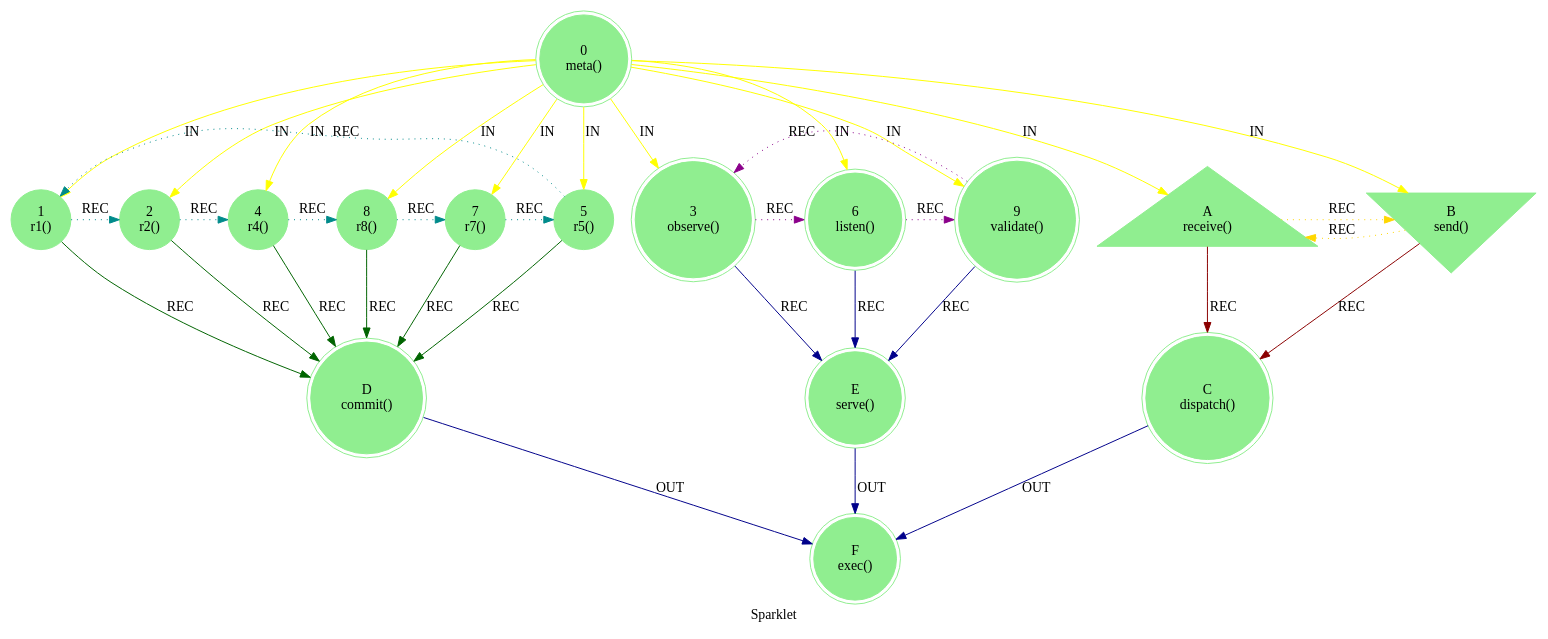
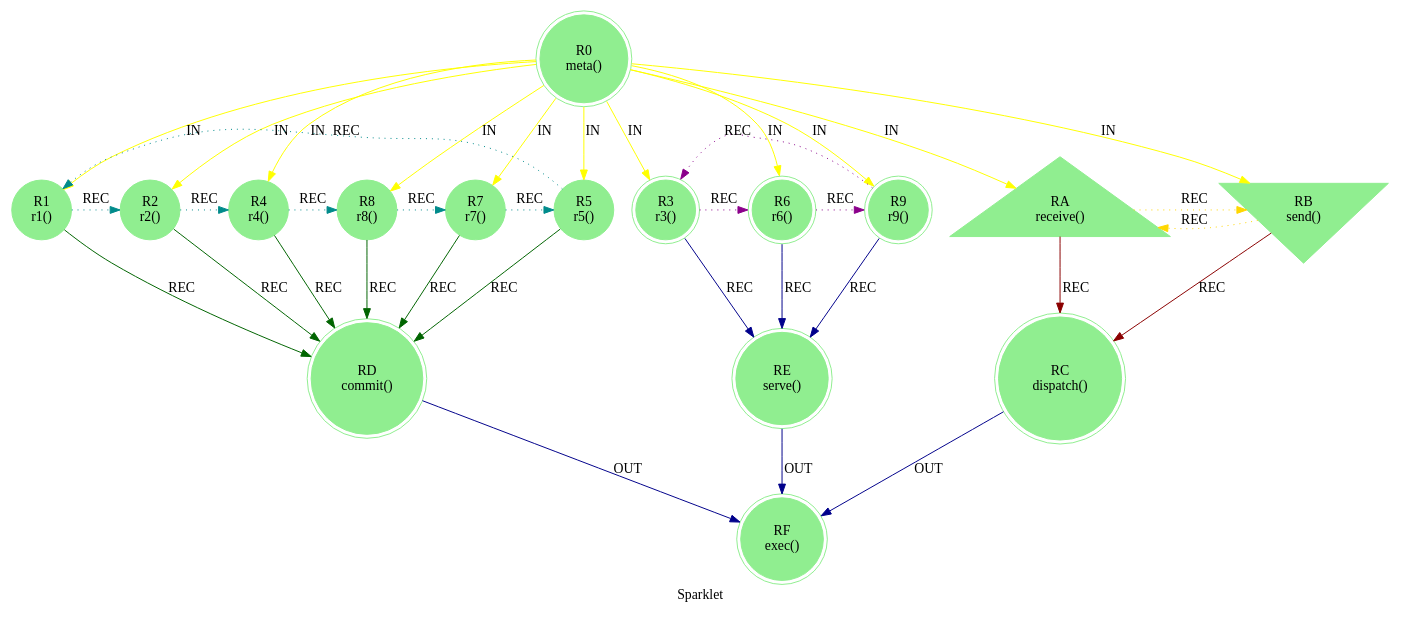
One commit to cilang/mythos changed the diagram in src/includes/sparklet.dot. Above: the diagram before and after it, drawn with Graphviz. The commit also changed 22 other files, not shown here.

```diff
--- a/src/includes/sparklet.dot
+++ b/src/includes/sparklet.dot
@@ -1,41 +1,42 @@
 strict digraph G {
     label = "Sparklet";
     style = filled;
     color = lightgray;
     node [shape = circle; style = filled; color = lightgreen;];
     
     // The Sacred 3-6-9 (Boundary of Perception).
     // "If you knew the magnificence of 3, 6, and 9, you would have a key to the universe." — Tesla.
     // The 1-2-4-8-7-5 Vortex (Boundary of Comprehension).
-    spark_0_t [label = "0\nmeta()";shape = doublecircle;comment = "";];
-    spark_1_t [label = "1\nr1()";shape = circle;comment = "";];
-    spark_2_t [label = "2\nr2()";shape = circle;comment = "";];
-    spark_4_t [label = "4\nr4()";shape = circle;comment = "";];
-    spark_8_t [label = "8\nr8()";shape = circle;comment = "";];
-    spark_7_t [label = "7\nr7()";shape = circle;comment = "";];
-    spark_5_t [label = "5\nr5()";shape = circle;comment = "";];
-    spark_3_t [label = "3\nobserve()";shape = doublecircle;comment = "";];
-    spark_6_t [label = "6\nlisten()";shape = doublecircle;comment = "";];
-    spark_9_t [label = "9\nvalidate()";shape = doublecircle;comment = "";];
-    spark_a_t [label = "A\nreceive()";shape = triangle;comment = "";];
-    spark_b_t [label = "B\nsend()";shape = invtriangle;comment = "";];
-    spark_c_t [label = "C\ndispatch()";shape = doublecircle;comment = "";];
-    spark_d_t [label = "D\ncommit()";shape = doublecircle;comment = "";];
-    spark_e_t [label = "E\nserve()";shape = doublecircle;comment = "";];
-    spark_f_t [label = "F\nexec()";shape = doublecircle;comment = "";];
+    // r0::meta();r1,r2,r4,r8,r7,r5;r3,r6,r;ra::receive(),rb::send(),rc::dispatch(),rd::commit(),re::serve(),rf::exec() 
+    spark_0_t [label = "R0\nmeta()";shape = doublecircle;comment = "";];
+    spark_1_t [label = "R1\nr1()";shape = circle;comment = "";];
+    spark_2_t [label = "R2\nr2()";shape = circle;comment = "";];
+    spark_4_t [label = "R4\nr4()";shape = circle;comment = "";];
+    spark_8_t [label = "R8\nr8()";shape = circle;comment = "";];
+    spark_7_t [label = "R7\nr7()";shape = circle;comment = "";];
+    spark_5_t [label = "R5\nr5()";shape = circle;comment = "";];
+    spark_3_t [label = "R3\nr3()";shape = doublecircle;comment = "";];
+    spark_6_t [label = "R6\nr6()";shape = doublecircle;comment = "";];
+    spark_9_t [label = "R9\nr9()";shape = doublecircle;comment = "";];
+    spark_a_t [label = "RA\nreceive()";shape = triangle;comment = "";];
+    spark_b_t [label = "RB\nsend()";shape = invtriangle;comment = "";];
+    spark_c_t [label = "RC\ndispatch()";shape = doublecircle;comment = "";];
+    spark_d_t [label = "RD\ncommit()";shape = doublecircle;comment = "";];
+    spark_e_t [label = "RE\nserve()";shape = doublecircle;comment = "";];
+    spark_f_t [label = "RF\nexec()";shape = doublecircle;comment = "";];
     
     // IN = Input
     // OUT = Output
     // REC = Recursion
     spark_0_t -> {spark_a_t spark_b_t spark_1_t spark_2_t spark_3_t spark_4_t spark_5_t spark_6_t spark_7_t spark_8_t spark_9_t} [label = "IN"; color = yellow; comment = "";];
     
     {spark_a_t spark_b_t} -> spark_c_t [label = "REC"; color = darkred; comment = "";];
     {spark_1_t spark_2_t spark_4_t spark_8_t spark_7_t spark_5_t} -> spark_d_t [label = "REC"; color = darkgreen; comment = "";];
     {spark_3_t spark_6_t spark_9_t} -> spark_e_t [label = "REC"; color = darkblue; comment = "";];
     
     spark_1_t -> spark_2_t -> spark_4_t -> spark_8_t -> spark_7_t -> spark_5_t -> spark_1_t [label = "REC"; color = darkcyan; comment = ""; style = dotted; constraint = false;];
     spark_3_t -> spark_6_t -> spark_9_t -> spark_3_t [label = "REC"; color = darkmagenta; comment = ""; style = dotted; constraint = false;];
     spark_a_t -> spark_b_t -> spark_a_t [label = "REC"; color = gold; comment = ""; style = dotted; constraint = false;];
     
     {spark_c_t spark_d_t spark_e_t} -> spark_f_t [label = "OUT"; color = darkblue; comment = "";];
 }
```
